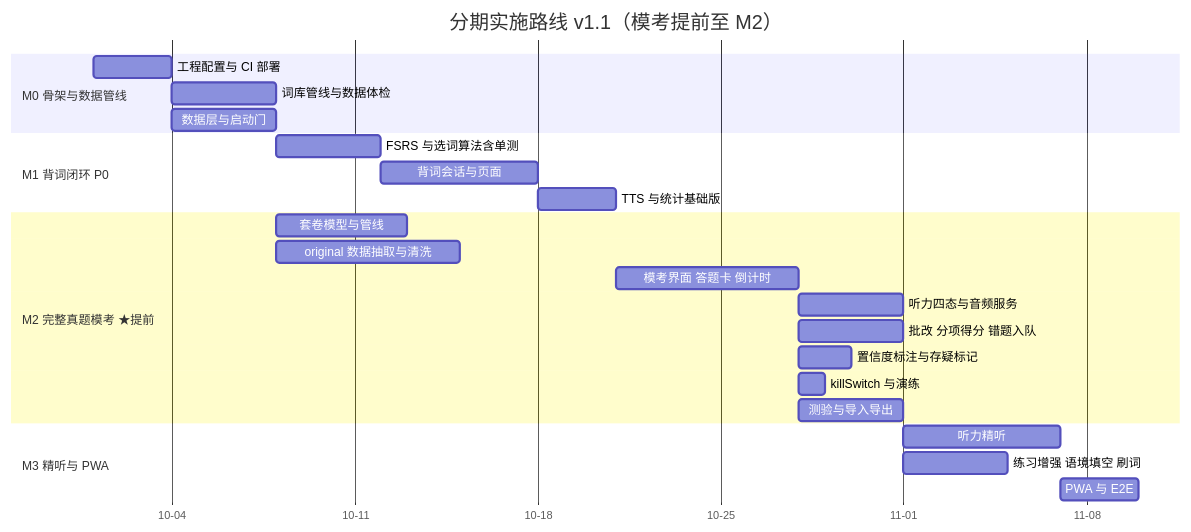
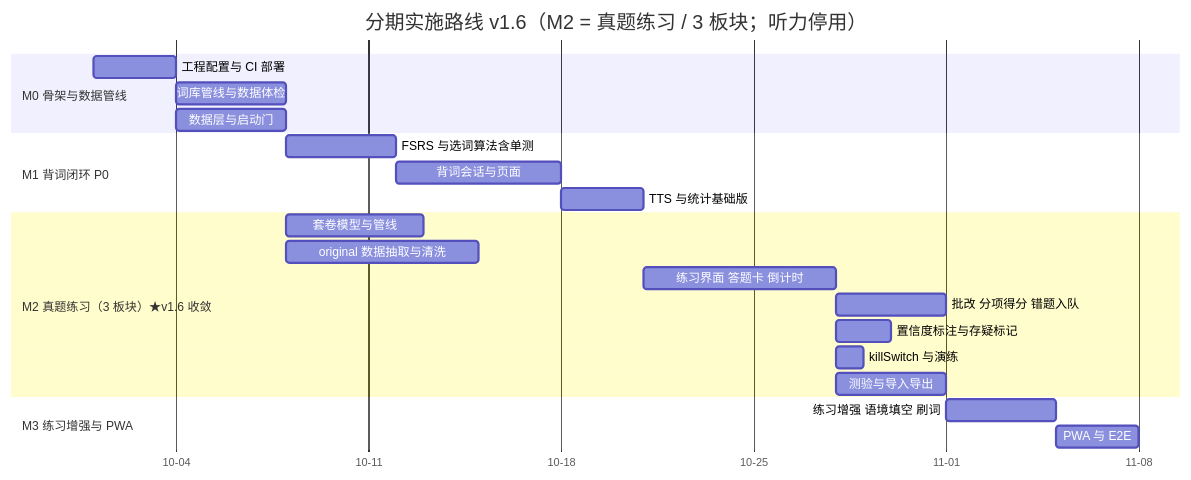
One commit to 1317780759/cet4-master changed diagram 14 of 14 in docs/02-实现方案.md. Above: the diagram before and after it, drawn with Mermaid. The commit also changed other lines of this file and 4 other files, not shown here.

````diff
--- a/docs/02-实现方案.md
+++ b/docs/02-实现方案.md
@@ -2071,27 +2128,25 @@
 ```mermaid
 gantt
-    title 分期实施路线 v1.1（模考提前至 M2）
+    title 分期实施路线 v1.6（M2 = 真题练习 / 3 板块；听力停用）
     dateFormat YYYY-MM-DD
     axisFormat %m-%d
     section M0 骨架与数据管线
     工程配置与 CI 部署      :m0a, 2026-10-01, 3d
     词库管线与数据体检      :m0b, after m0a, 4d
     数据层与启动门          :m0c, after m0a, 4d
     section M1 背词闭环 P0
     FSRS 与选词算法含单测   :m1a, after m0b, 4d
     背词会话与页面          :m1b, after m1a, 6d
     TTS 与统计基础版        :m1c, after m1b, 3d
-    section M2 完整真题模考 ★提前
+    section M2 真题练习（3 板块）★v1.6 收敛
     套卷模型与管线          :m2a, after m0b, 5d
     original 数据抽取与清洗 :m2data, after m0b, 7d
-    模考界面 答题卡 倒计时  :m2b, after m1c, 7d
-    听力四态与音频服务      :m2c, after m2b, 4d
+    练习界面 答题卡 倒计时  :m2b, after m1c, 7d
     批改 分项得分 错题入队  :m2d, after m2b, 4d
     置信度标注与存疑标记    :m2f, after m2b, 2d
     killSwitch 与演练       :m2g, after m2b, 1d
     测验与导入导出          :m2e, after m2b, 4d
-    section M3 精听与 PWA
-    听力精听                :m3a, after m2d, 6d
+    section M3 练习增强与 PWA
     练习增强 语境填空 刷词  :m3b, after m2e, 4d
-    PWA 与 E2E              :m3c, after m3a, 3d
+    PWA 与 E2E              :m3c, after m3b, 3d
 ```
````
